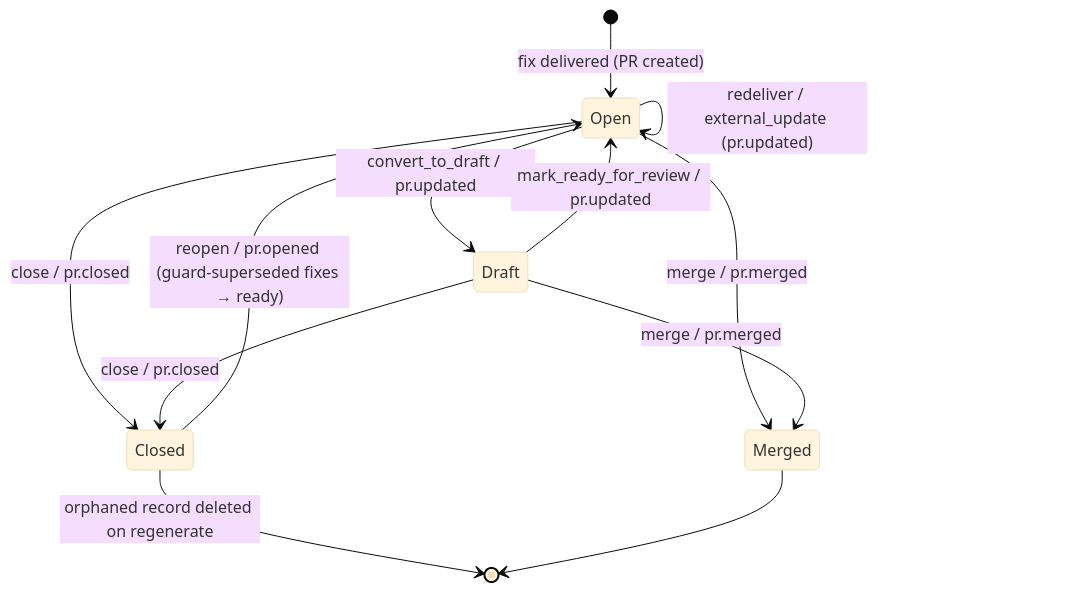
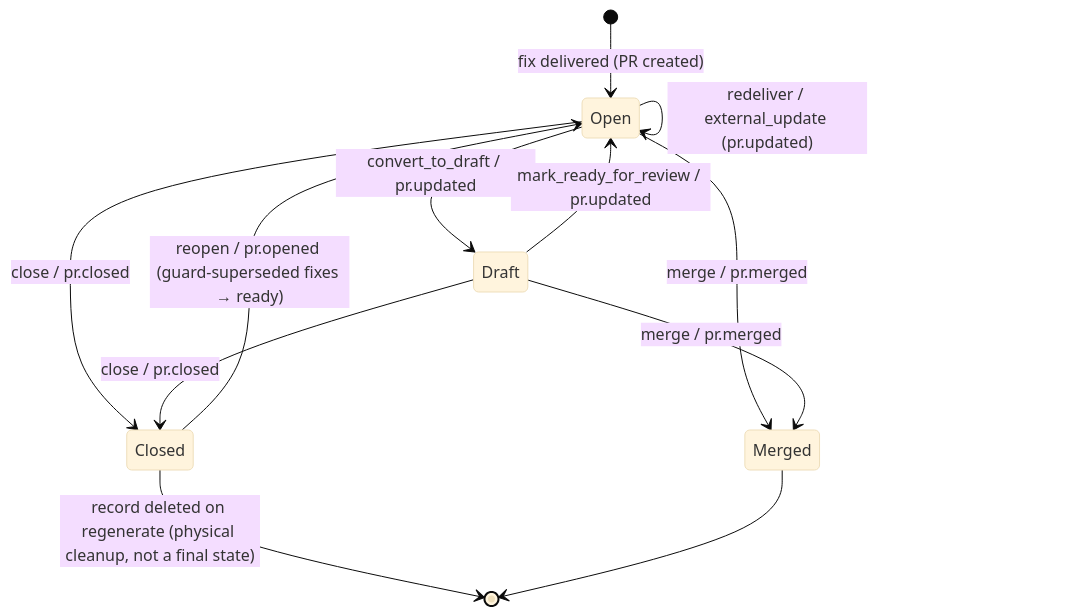
One commit to TheoGoudout/greensecops changed the fifth of 7 diagrams in docs/state-machines.md. Above: the diagram before and after it, drawn with Mermaid (base theme). The commit also changed other lines of this file, not shown here.

First line of the commit message:
docs: fix state-machine doc drift (landed state, retry event, final-state lists)

````diff
--- a/docs/state-machines.md
+++ b/docs/state-machines.md
@@ -371,14 +372,14 @@
 ```mermaid
 stateDiagram-v2
     [*] --> Open: fix delivered (PR created)
     Open --> Open: redeliver / external_update (pr.updated)
     Open --> Draft: convert_to_draft / pr.updated
     Draft --> Open: mark_ready_for_review / pr.updated
     Open --> Merged: merge / pr.merged
     Draft --> Merged: merge / pr.merged
     Open --> Closed: close / pr.closed
     Draft --> Closed: close / pr.closed
     Closed --> Open: reopen / pr.opened (guard-superseded fixes → ready)
-    Closed --> [*]: orphaned record deleted on regenerate
+    Closed --> [*]: record deleted on regenerate (physical cleanup, not a final state)
     Merged --> [*]
 ```
````
